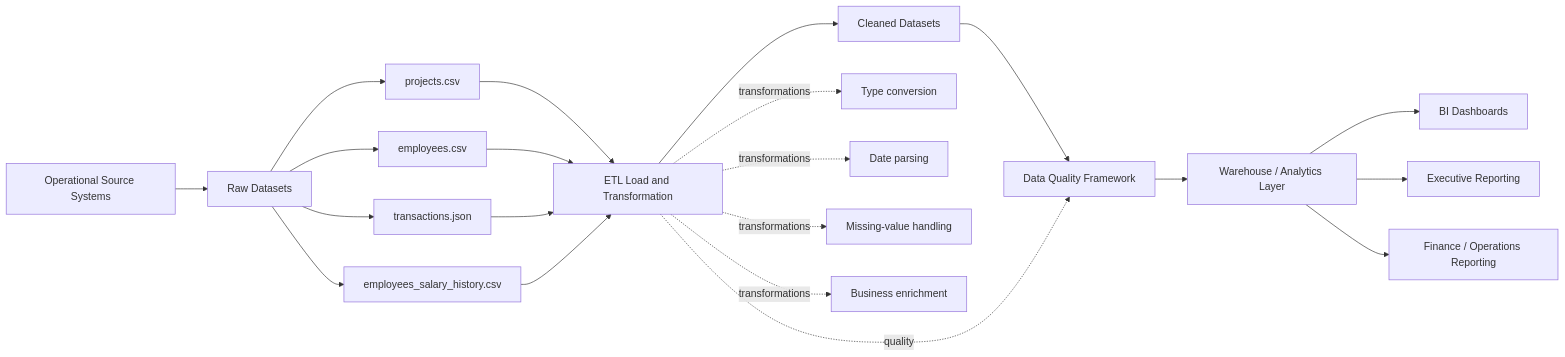
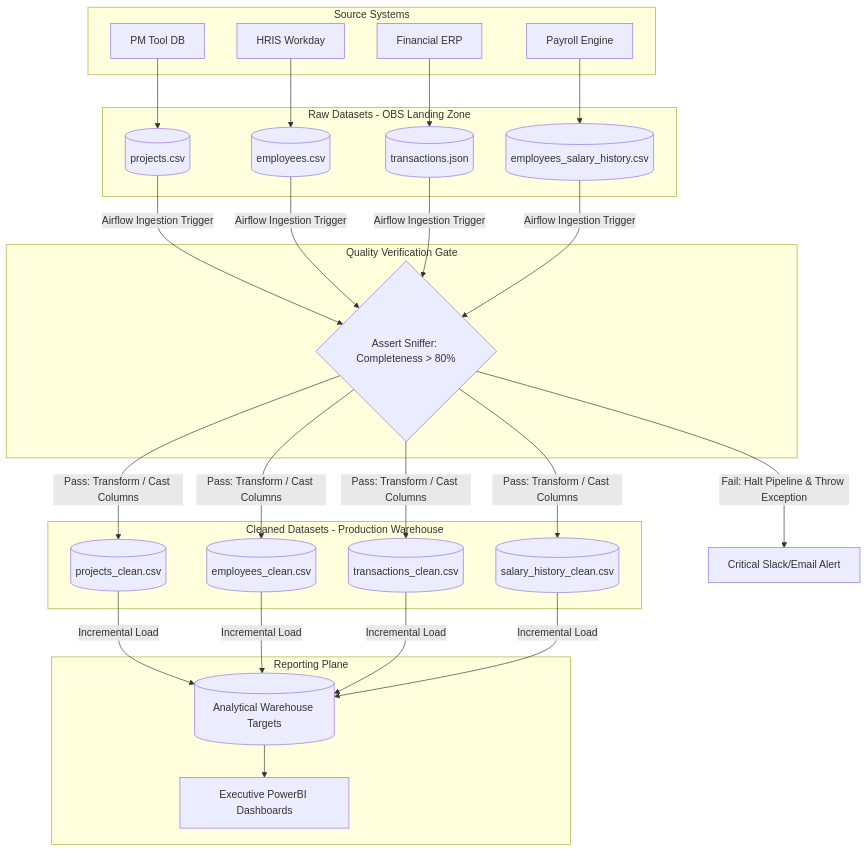
One commit to AkhileshChoudhury44/stackup-engineering-academy_assessment changed the diagram in outputs/data_governance_document.md. Above: the diagram before and after it, drawn with Mermaid. The commit also changed other lines of this file, not shown here.

````diff
--- a/outputs/data_governance_document.md
+++ b/outputs/data_governance_document.md
@@ -187,29 +111,51 @@
 ```mermaid
-flowchart LR
-    A[Operational Source Systems] --> B[Raw Datasets]
+graph TD
+    %% Source Plane Nodes
+    subgraph Source_Systems [Source Systems]
+        S1[PM Tool DB]
+        S2[HRIS Workday]
+        S3[Financial ERP]
+        S4[Payroll Engine]
+    end
 
-    B --> B1[projects.csv]
-    B --> B2[employees.csv]
-    B --> B3[transactions.json]
-    B --> B4[employees_salary_history.csv]
+    %% Raw Datasets Landing Zone
+    subgraph Raw_Datasets [Raw Datasets - OBS Landing Zone]
+        R1[(projects.csv)]
+        R2[(employees.csv)]
+        R3[(transactions.json)]
+        R4[(employees_salary_history.csv)]
+    end
 
-    B1 --> C[ETL Load and Transformation]
-    B2 --> C
-    B3 --> C
-    B4 --> C
+    %% Quality Verification Gate
+    subgraph DQ_Gate [Quality Verification Gate]
+        Q1{Assert Sniffer: Completeness > 80%}
+    end
 
-    C --> D[Cleaned Datasets]
+    %% Clean Warehouse Zone
+    subgraph Cleaned_Datasets [Cleaned Datasets - Production Warehouse]
+        C1[(projects_clean.csv)]
+        C2[(employees_clean.csv)]
+        C3[(transactions_clean.csv)]
+        C4[(salary_history_clean.csv)]
+    end
 
-    D --> DQ[Data Quality Framework]
-    DQ --> E[Warehouse / Analytics Layer]
+    %% Reporting Presentation Layer
+    subgraph Reporting [Reporting Plane]
+        W1[(Analytical Warehouse Targets)]
+        D1[Executive PowerBI Dashboards]
+    end
 
-    E --> F[BI Dashboards]
-    E --> G[Executive Reporting]
-    E --> H[Finance / Operations Reporting]
+    %% Lineage Flows
+    S1 --> R1
+    S2 --> R2
+    S3 --> R3
+    S4 --> R4
 
-    C -. transformations .-> C1[Type conversion]
-    C -. transformations .-> C2[Date parsing]
-    C -. transformations .-> C3[Missing-value handling]
-    C -. transformations .-> C4[Business enrichment]
-    C -. quality .-> DQ
+    R1 & R2 & R3 & R4 -->|Airflow Ingestion Trigger| Q1
+    
+    Q1 -->|Pass: Transform / Cast Columns| C1 & C2 & C3 & C4
+    Q1 -->|Fail: Halt Pipeline & Throw Exception| ERR[Critical Slack/Email Alert]
+
+    C1 & C2 & C3 & C4 -->|Incremental Load| W1
+    W1 --> D1
 ```
````
